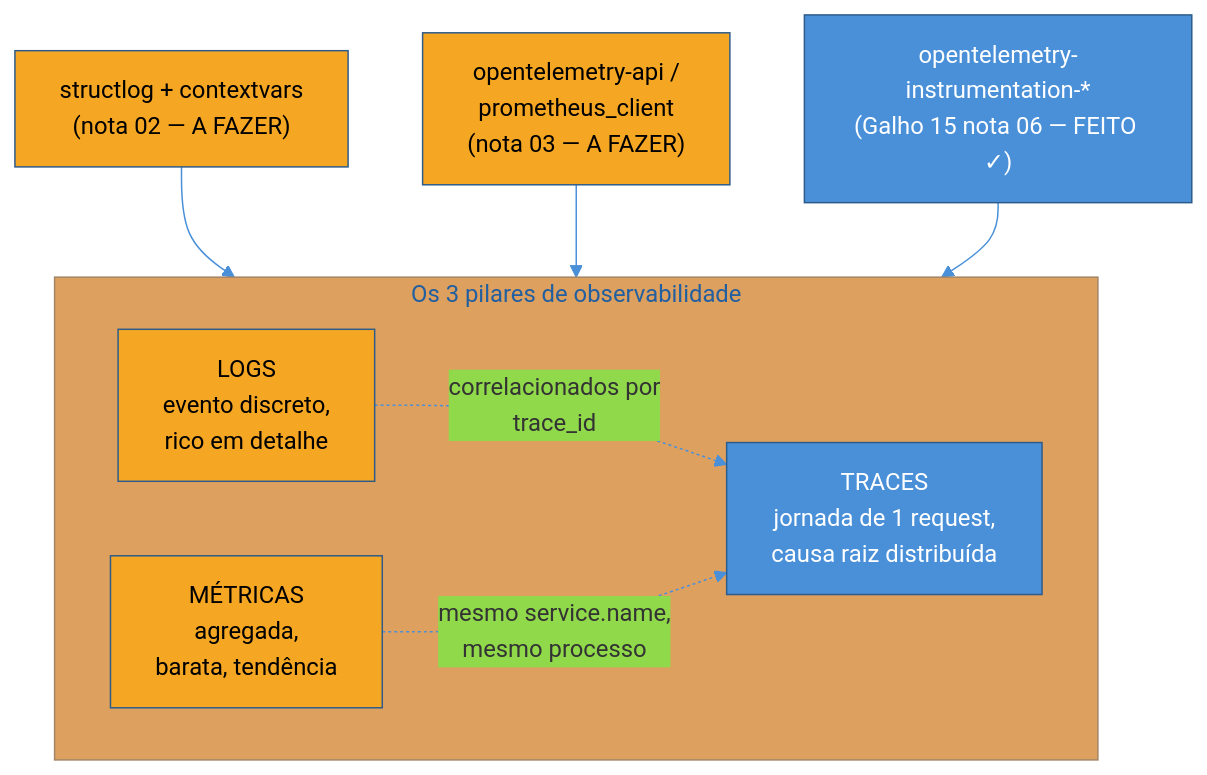
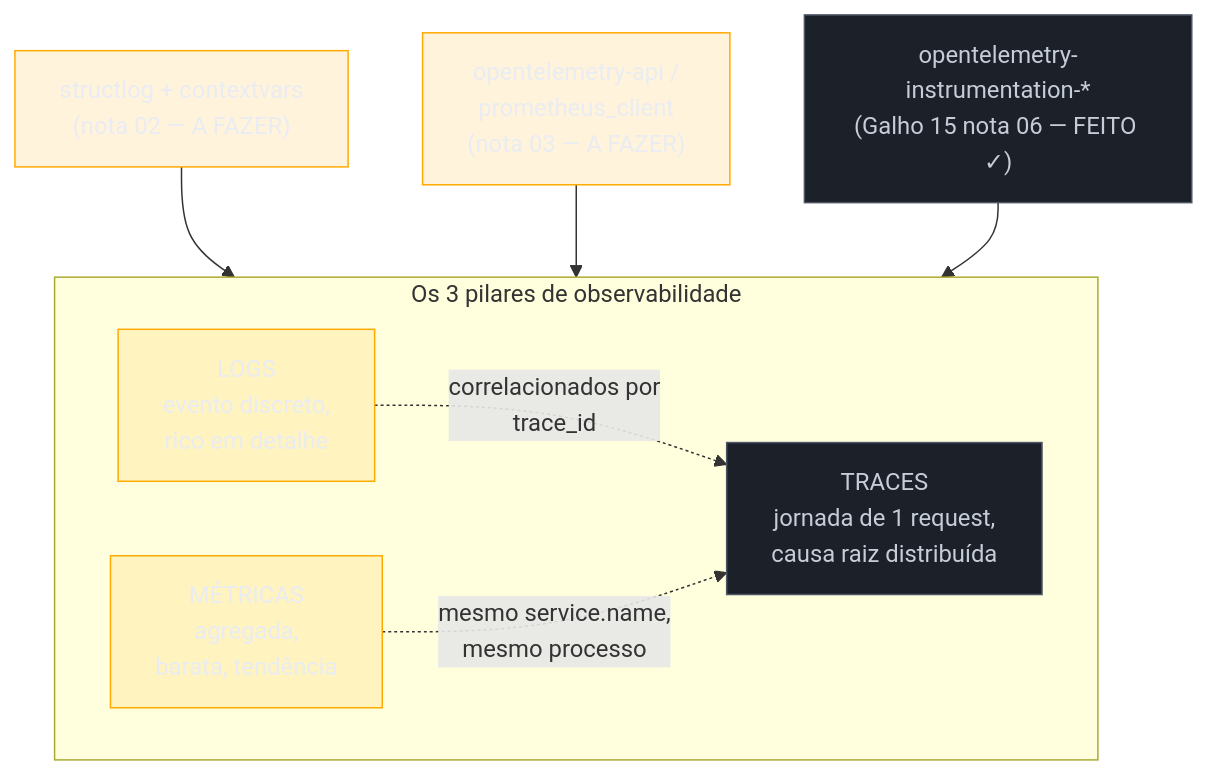
Before and after one commit to josenaldo/codex-technomanticus: the diagram in 03-Dominios/Tecnologia/Python/Observabilidade e produção/01 - Panorama — o que falta pra produção de verdade.md, drawn with Mermaid. The commit also changed 1181 other files, not shown here.

First line of the commit message:
fix(diagramas): paleta do sistema no lugar de cor cravada no markdown

````diff
--- a/03-Dominios/Tecnologia/Python/Observabilidade e produção/01 - Panorama — o que falta pra produção de verdade.md
+++ b/03-Dominios/Tecnologia/Python/Observabilidade e produção/01 - Panorama — o que falta pra produção de verdade.md
@@ -46,24 +46,25 @@
 ```mermaid
-%%{init: {"theme": "base", "themeVariables": {"primaryColor": "#4A90D9", "primaryBorderColor": "#2E5C8A", "lineColor": "#4A90D9"}}}%%
 flowchart TB
+    classDef neutro fill:#1B2029,stroke:#4E5666,color:#C6CCD8
+    classDef destaque fill:#FFAA0024,stroke:#FFAA00,color:#E9ECF2
     subgraph PILARES["Os 3 pilares de observabilidade"]
         direction LR
         L["LOGS<br/>evento discreto,<br/>rico em detalhe"]
         M["MÉTRICAS<br/>agregada,<br/>barata, tendência"]
         T["TRACES<br/>jornada de 1 request,<br/>causa raiz distribuída"]
     end
 
     L -.->|"correlacionados por<br/>trace_id"| T
     M -.->|"mesmo service.name,<br/>mesmo processo"| T
 
     L2["structlog + contextvars<br/>(nota 02 — A FAZER)"] --> L
     M2["opentelemetry-api /<br/>prometheus_client<br/>(nota 03 — A FAZER)"] --> M
     T2["opentelemetry-instrumentation-*<br/>(Galho 15 nota 06 — FEITO ✓)"] --> T
 
-    style T2 fill:#4A90D9,color:#fff
-    style L2 fill:#F5A623,color:#000
-    style M2 fill:#F5A623,color:#000
-    style T fill:#4A90D9,color:#fff
-    style L fill:#F5A623,color:#000
-    style M fill:#F5A623,color:#000
+    class T2 neutro
+    class L2 destaque
+    class M2 destaque
+    class T neutro
+    class L destaque
+    class M destaque
 ```
````
